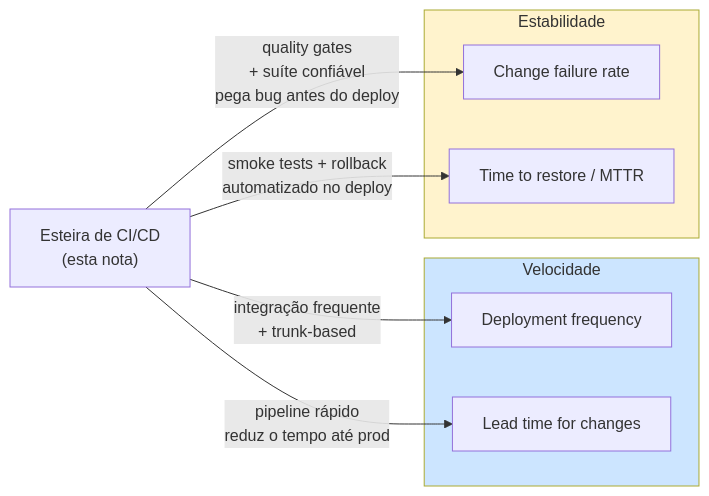
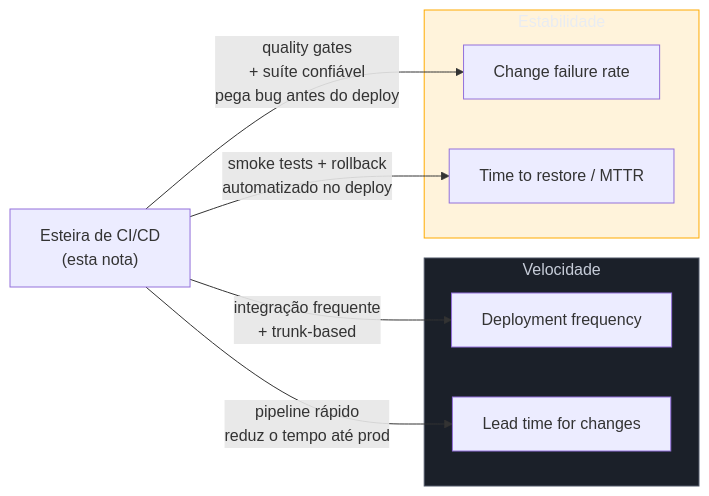
One commit to josenaldo/codex-technomanticus changed the eighth of 8 diagrams in 03-Dominios/Engenharia/Testes/15 - Testes em CI-CD.md. Above: the diagram before and after it, drawn with Mermaid. The commit also changed other lines of this file and 1181 other files, not shown here.

First line of the commit message:
fix(diagramas): paleta do sistema no lugar de cor cravada no markdown

````diff
--- a/03-Dominios/Engenharia/Testes/15 - Testes em CI-CD.md
+++ b/03-Dominios/Engenharia/Testes/15 - Testes em CI-CD.md
@@ -351,17 +368,19 @@
 ```mermaid
 flowchart LR
+    classDef neutro fill:#1B2029,stroke:#4E5666,color:#C6CCD8
+    classDef destaque fill:#FFAA0024,stroke:#FFAA00,color:#E9ECF2
     subgraph Vel["Velocidade"]
         DF["Deployment frequency"]
         LT["Lead time for changes"]
     end
     subgraph Est["Estabilidade"]
         CFR["Change failure rate"]
         MTTR["Time to restore / MTTR"]
     end
     Esteira["Esteira de CI/CD<br/>(esta nota)"] -->|"pipeline rápido<br/>reduz o tempo até prod"| LT
     Esteira -->|"integração frequente<br/>+ trunk-based"| DF
     Esteira -->|"quality gates<br/>+ suíte confiável<br/>pega bug antes do deploy"| CFR
     Esteira -->|"smoke tests + rollback<br/>automatizado no deploy"| MTTR
-    style Vel fill:#cce5ff
-    style Est fill:#fff3cd
+    class Vel neutro
+    class Est destaque
 ```
````
